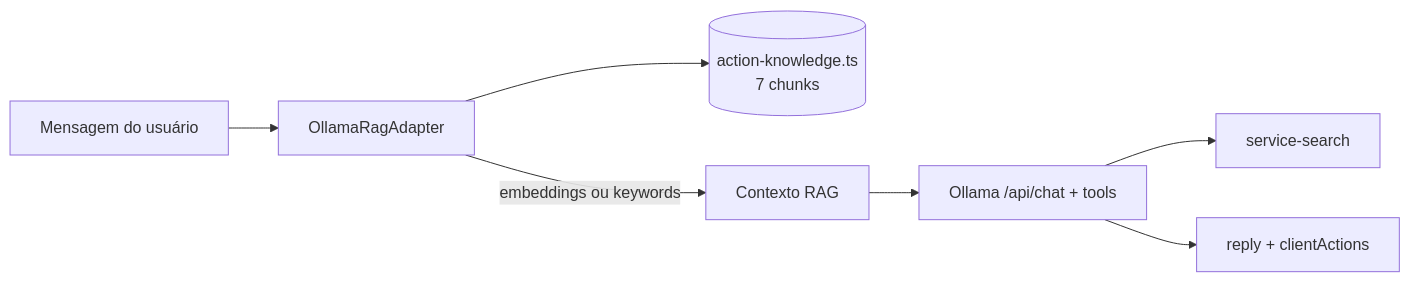
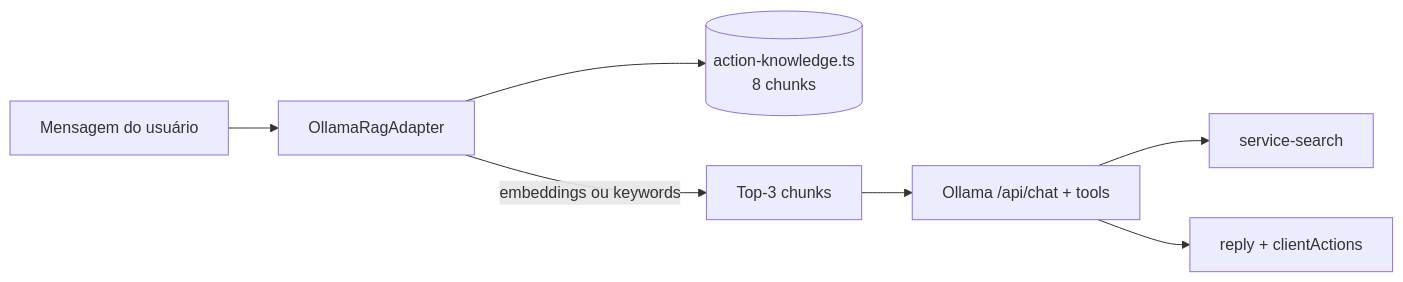
Before and after one commit to FranciscoStanley/MyJarvis: the diagram in services/service-ai/README.md, drawn with Mermaid. The commit also changed other lines of this file and 1 other file, not shown here.

First line of the commit message:
docs(ai): atualiza README e Swagger RAG com 8 chunks

````diff
--- a/services/service-ai/README.md
+++ b/services/service-ai/README.md
@@ -30,9 +30,9 @@
 ```mermaid
 flowchart LR
     MSG[Mensagem do usuário] --> RAG[OllamaRagAdapter]
-    RAG --> KB[(action-knowledge.ts<br/>7 chunks)]
-    RAG -->|embeddings ou keywords| CTX[Contexto RAG]
+    RAG --> KB[(action-knowledge.ts<br/>8 chunks)]
+    RAG -->|embeddings ou keywords| CTX[Top-3 chunks]
     CTX --> OLLAMA[Ollama /api/chat + tools]
     OLLAMA --> SEARCH[service-search]
     OLLAMA --> REPLY[reply + clientActions]
 ```
````
